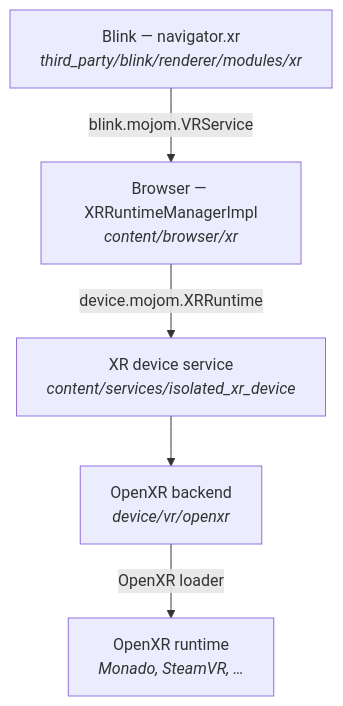
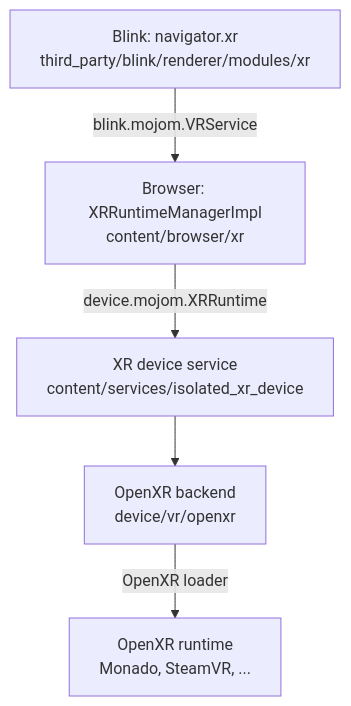
The first of 4 diagrams in README.md (utzcoz/chromium-webxr-linux), drawn with Mermaid before and after one commit. The commit also changed other lines of this file, not shown here.

Commit message:
README: make the Mermaid diagrams render in older Mermaid versions
Mermaid 8 and 9 reject the middle dot in the processes diagram's edge
labels. Use plain ASCII in every diagram and drop the <i> tags, so the
diagrams render with Mermaid 8.14, 9.4, 10.9 and 11.4.

````diff
--- a/README.md
+++ b/README.md
@@ -99,13 +99,13 @@
 ```mermaid
 flowchart TB
-    Blink["Blink — navigator.xr<br/><i>third_party/blink/renderer/modules/xr</i>"]
-    Browser["Browser — XRRuntimeManagerImpl<br/><i>content/browser/xr</i>"]
-    Utility["XR device service<br/><i>content/services/isolated_xr_device</i>"]
-    Backend["OpenXR backend<br/><i>device/vr/openxr</i>"]
-    Native["OpenXR runtime<br/><i>Monado, SteamVR, …</i>"]
+    Blink["Blink: navigator.xr<br/>third_party/blink/renderer/modules/xr"]
+    Browser["Browser: XRRuntimeManagerImpl<br/>content/browser/xr"]
+    Utility["XR device service<br/>content/services/isolated_xr_device"]
+    Backend["OpenXR backend<br/>device/vr/openxr"]
+    Native["OpenXR runtime<br/>Monado, SteamVR, ..."]
 
     Blink -->|blink.mojom.VRService| Browser
     Browser -->|device.mojom.XRRuntime| Utility
     Utility --> Backend
     Backend -->|OpenXR loader| Native
 ```
````
